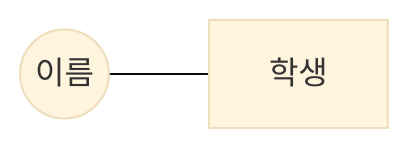
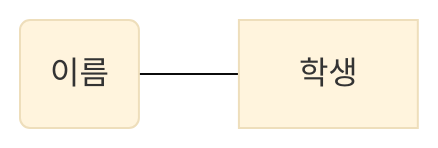
One commit to HYUUUNAKIM/DB_project changed the second of 2 diagrams in README(키 설명 추가).md. Above: the diagram before and after it, drawn with Mermaid (base theme).

Commit message:
Update README(키 설명 추가).md

````diff
--- a/README(키 설명 추가).md
+++ b/README(키 설명 추가).md
@@ -180,4 +180,4 @@
 ```mermaid
 graph LR
-A((이름))---S[학생]
+A(이름)---S[학생]
 ```
````
